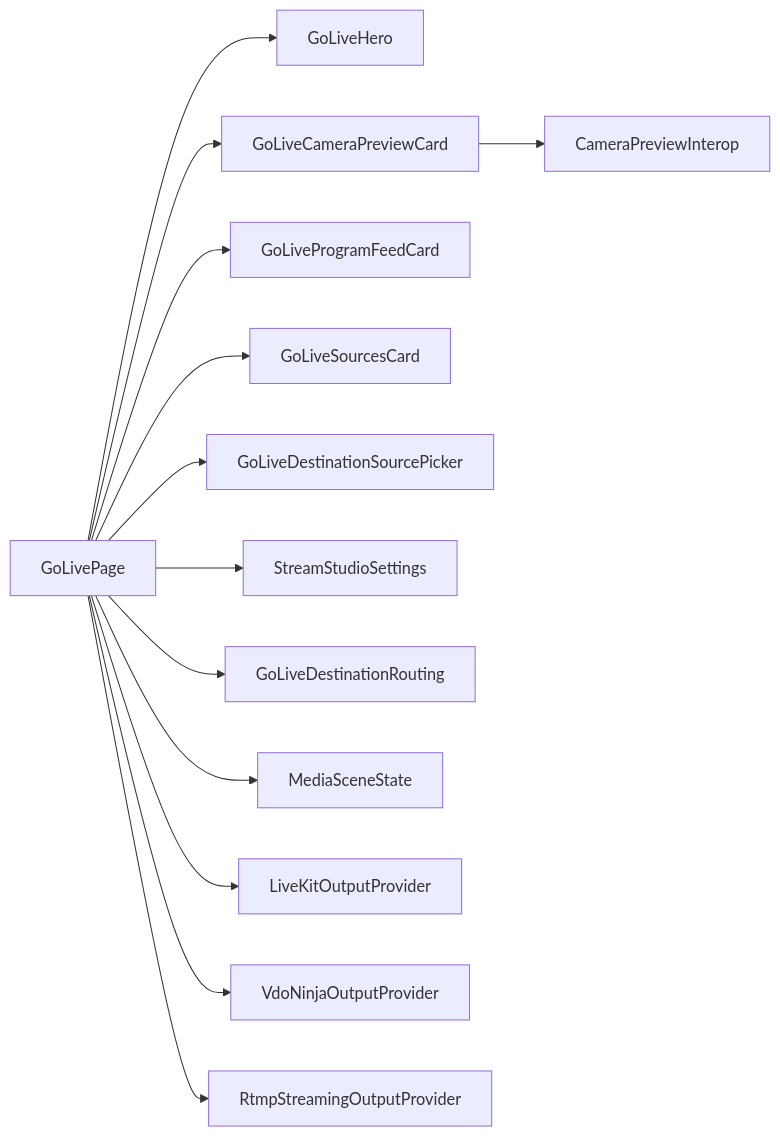
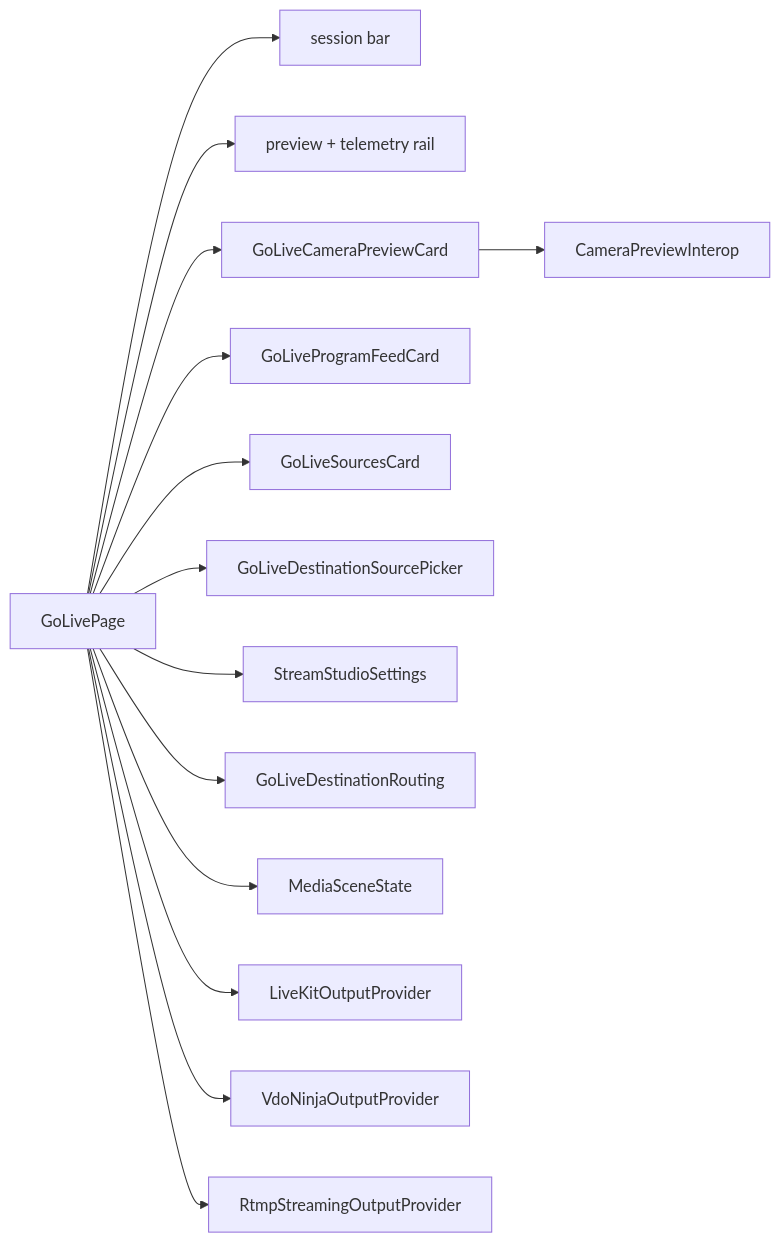
Before and after one commit to managedcode/PrompterOne: the second of 2 diagrams in docs/Features/GoLiveRuntime.md, drawn with Mermaid. The commit also changed other lines of this file and 43 other files, not shown here.

````diff
--- a/docs/Features/GoLiveRuntime.md
+++ b/docs/Features/GoLiveRuntime.md
@@ -44,29 +52,31 @@
 ```mermaid
 flowchart LR
     Page["GoLivePage"]
-    Hero["GoLiveHero"]
+    SessionBar["session bar"]
+    PreviewRail["preview + telemetry rail"]
     Preview["GoLiveCameraPreviewCard"]
     Program["GoLiveProgramFeedCard"]
     Sources["GoLiveSourcesCard"]
     TargetSources["GoLiveDestinationSourcePicker"]
     Studio["StreamStudioSettings"]
     Routing["GoLiveDestinationRouting"]
     Scene["MediaSceneState"]
     CameraInterop["CameraPreviewInterop"]
     LiveKit["LiveKitOutputProvider"]
     Vdo["VdoNinjaOutputProvider"]
     Rtmp["RtmpStreamingOutputProvider"]
 
-    Page --> Hero
+    Page --> SessionBar
+    Page --> PreviewRail
     Page --> Preview
     Page --> Program
     Page --> Sources
     Page --> TargetSources
     Page --> Studio
     Page --> Routing
     Page --> Scene
     Preview --> CameraInterop
     Page --> LiveKit
     Page --> Vdo
     Page --> Rtmp
 ```
````
